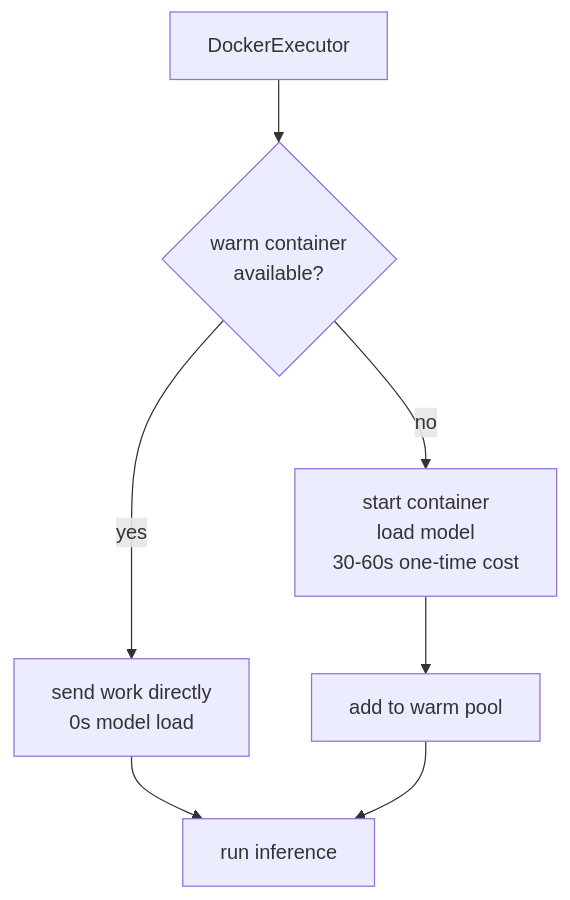
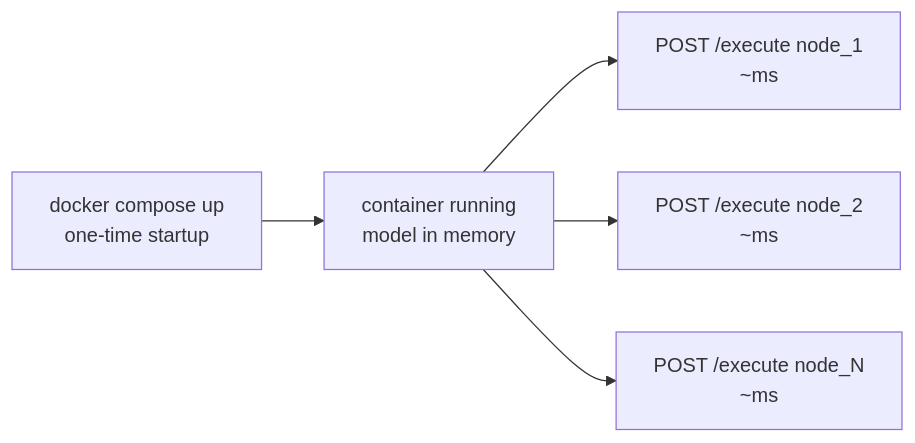
One commit to ganeshhgupta/fn_graph changed the first of 11 diagrams in fn_graph/examples/solution/06_prod_readiness.md. Above: the diagram before and after it, drawn with Mermaid. The commit also changed other lines of this file and 6 other files, not shown here.

First line of the commit message:
docs: update all solution MD files for PersistentDockerExecutor and deploy/ refactor

````diff
--- a/fn_graph/examples/solution/06_prod_readiness.md
+++ b/fn_graph/examples/solution/06_prod_readiness.md
@@ -44,9 +19,7 @@
 ```mermaid
-flowchart TD
-    A[DockerExecutor] --> B{warm container\navailable?}
-    B -->|yes| C[send work directly\n0s model load]
-    B -->|no| D[start container\nload model\n30-60s one-time cost]
-    D --> E[add to warm pool]
-    C --> F[run inference]
-    E --> F
+flowchart LR
+    A[docker compose up\none-time startup] --> B[container running\nmodel in memory]
+    B --> C[POST /execute node_1\n~ms]
+    B --> D[POST /execute node_2\n~ms]
+    B --> E[POST /execute node_N\n~ms]
 ```
````
